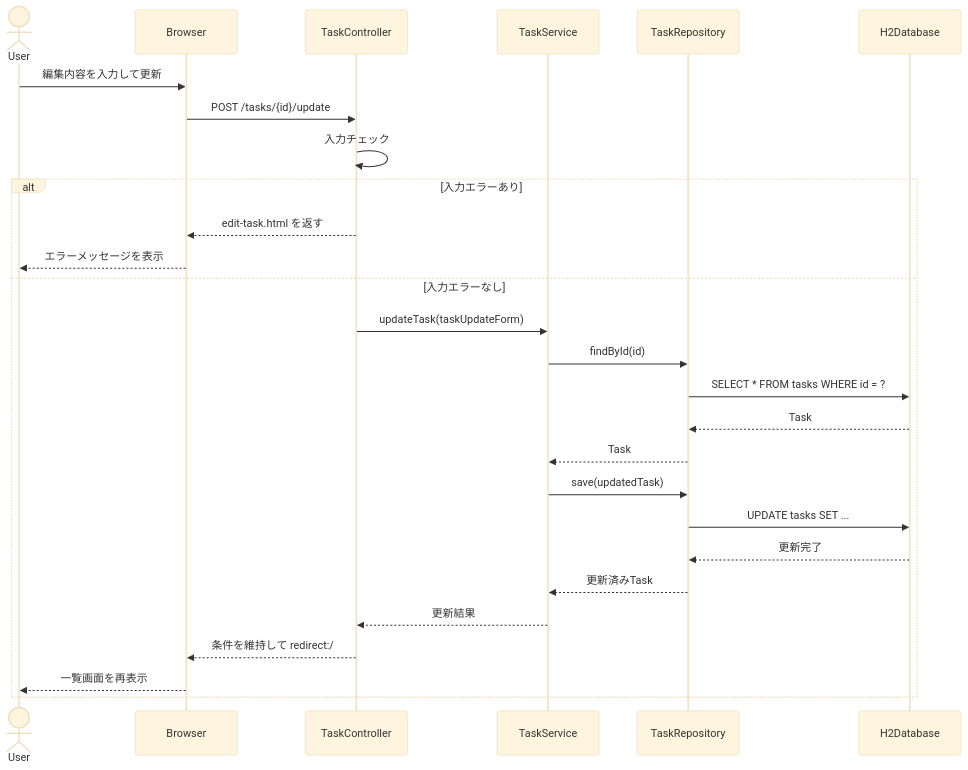
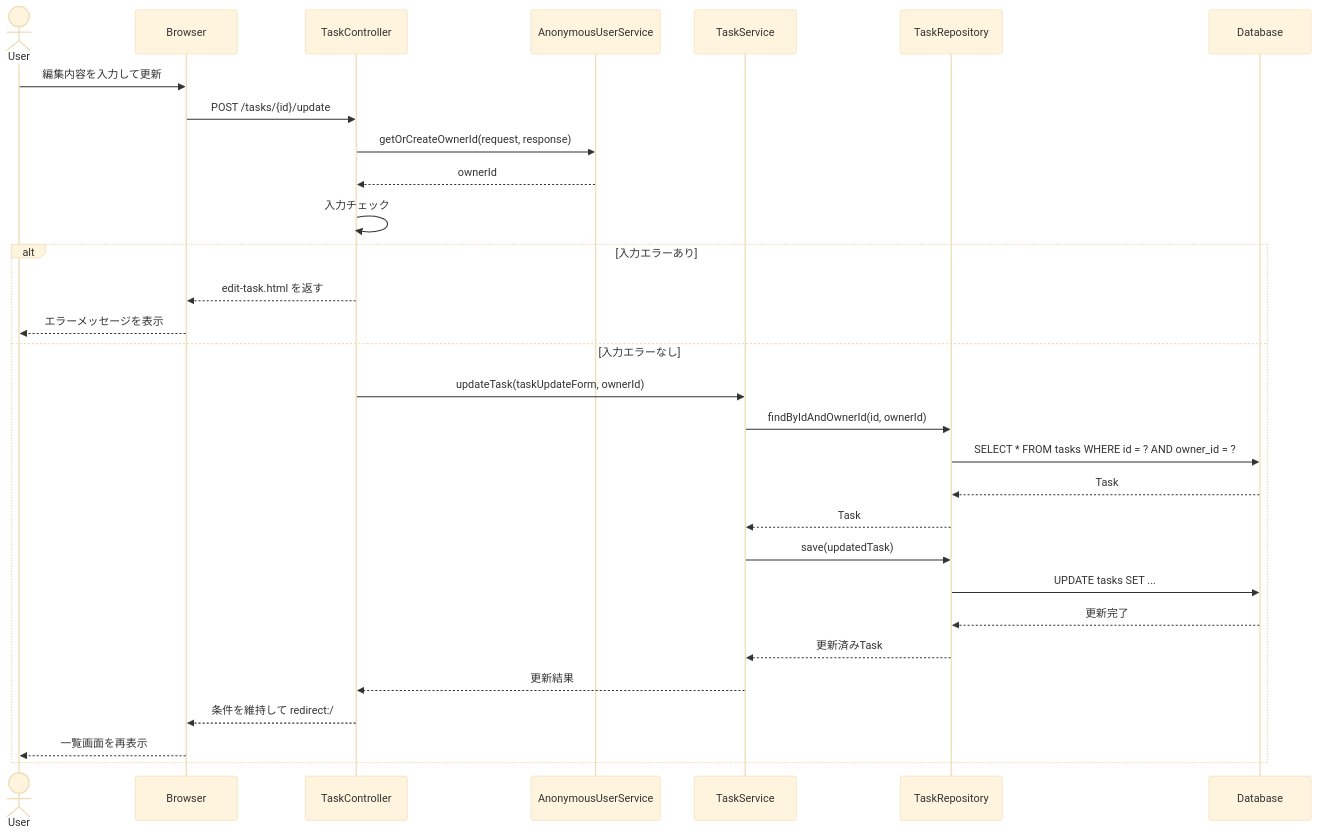
The third of 4 diagrams in README.md (mkunori/TaskList), drawn with Mermaid (base theme) before and after one commit. The commit also changed other lines of this file, not shown here.

````diff
--- a/README.md
+++ b/README.md
@@ -213,31 +231,34 @@
 ```mermaid
 sequenceDiagram
     actor User
     participant Browser
     participant TaskController
+    participant AnonymousUserService
     participant TaskService
     participant TaskRepository
-    participant H2Database
+    participant Database
 
     User->>Browser: 編集内容を入力して更新
     Browser->>TaskController: POST /tasks/{id}/update
+    TaskController->>AnonymousUserService: getOrCreateOwnerId(request, response)
+    AnonymousUserService-->>TaskController: ownerId
     TaskController->>TaskController: 入力チェック
 
     alt 入力エラーあり
         TaskController-->>Browser: edit-task.html を返す
         Browser-->>User: エラーメッセージを表示
     else 入力エラーなし
-        TaskController->>TaskService: updateTask(taskUpdateForm)
-        TaskService->>TaskRepository: findById(id)
-        TaskRepository->>H2Database: SELECT * FROM tasks WHERE id = ?
-        H2Database-->>TaskRepository: Task
+        TaskController->>TaskService: updateTask(taskUpdateForm, ownerId)
+        TaskService->>TaskRepository: findByIdAndOwnerId(id, ownerId)
+        TaskRepository->>Database: SELECT * FROM tasks WHERE id = ? AND owner_id = ?
+        Database-->>TaskRepository: Task
         TaskRepository-->>TaskService: Task
         TaskService->>TaskRepository: save(updatedTask)
-        TaskRepository->>H2Database: UPDATE tasks SET ...
-        H2Database-->>TaskRepository: 更新完了
+        TaskRepository->>Database: UPDATE tasks SET ...
+        Database-->>TaskRepository: 更新完了
         TaskRepository-->>TaskService: 更新済みTask
         TaskService-->>TaskController: 更新結果
         TaskController-->>Browser: 条件を維持して redirect:/
         Browser-->>User: 一覧画面を再表示
     end
 ```
````
